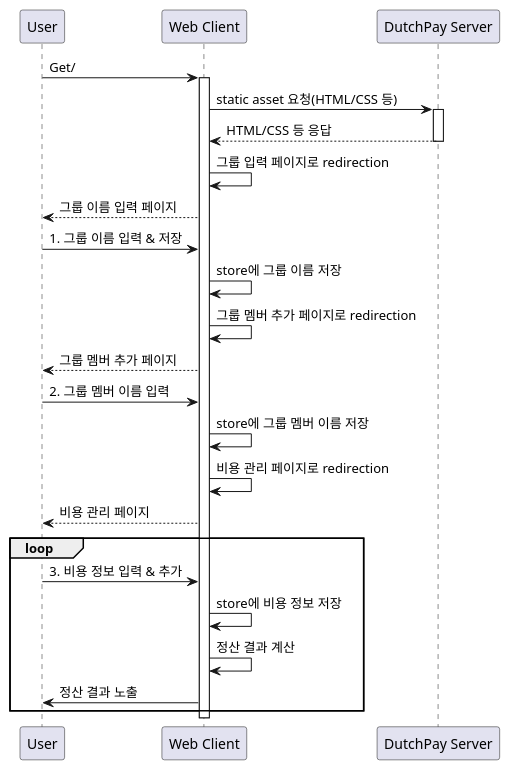
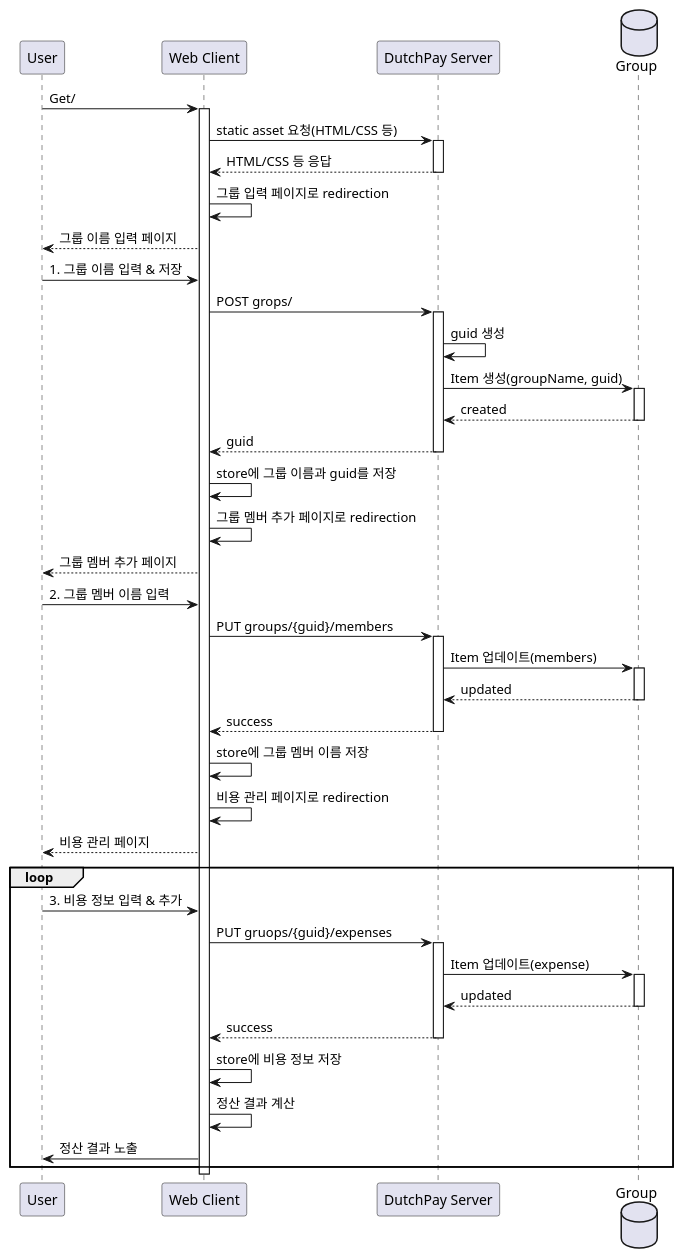
One commit to jaeyeong815/dutchpay changed the diagram in docs/sequence_diagram.plantuml. Above: the diagram before and after it, drawn with PlantUML.

Commit message:
docs: sequence diagram DB 추가

```diff
--- a/docs/sequence_diagram.plantuml
+++ b/docs/sequence_diagram.plantuml
@@ -1,34 +1,60 @@
 @startuml DutchPay
 participant "User"
 participant "Web Client" as C
 participant "DutchPay Server" as S
+database "Group" as DB
 
 User -> C: Get/
 activate C
 C -> S: static asset 요청(HTML/CSS 등)
 activate S
 S --> C: HTML/CSS 등 응답
 deactivate S
 C -> C: 그룹 입력 페이지로 redirection
 C --> User: 그룹 이름 입력 페이지
 
 User -> C: 1. 그룹 이름 입력 & 저장
-C -> C: store에 그룹 이름 저장
+C -> S: POST grops/
+activate S
+S -> S: guid 생성
+S -> DB: Item 생성(groupName, guid)
+activate DB
+DB --> S: created
+deactivate DB
+S --> C: guid
+deactivate S
+C -> C: store에 그룹 이름과 guid를 저장
 C -> C: 그룹 멤버 추가 페이지로 redirection
 C --> User: 그룹 멤버 추가 페이지
 
 User -> C: 2. 그룹 멤버 이름 입력
+C -> S: PUT groups/{guid}/members
+activate S
+S -> DB: Item 업데이트(members)
+activate DB
+DB --> S: updated
+deactivate DB
+S --> C: success
+deactivate S
 C -> C: store에 그룹 멤버 이름 저장
 C -> C: 비용 관리 페이지로 redirection
 C --> User: 비용 관리 페이지
 
 loop
 ' 여러번 일어날 수 있는 일이라고 알려주는 것
   User -> C: 3. 비용 정보 입력 & 추가
+  C -> S: PUT gruops/{guid}/expenses
+  activate S
+  S -> DB: Item 업데이트(expense)
+  activate DB
+  DB --> S: updated
+  deactivate DB
+  S --> C: success
+  deactivate S
   C -> C: store에 비용 정보 저장
   C -> C: 정산 결과 계산
   C -> User: 정산 결과 노출
 end
 deactivate C
 
 @enduml
```
